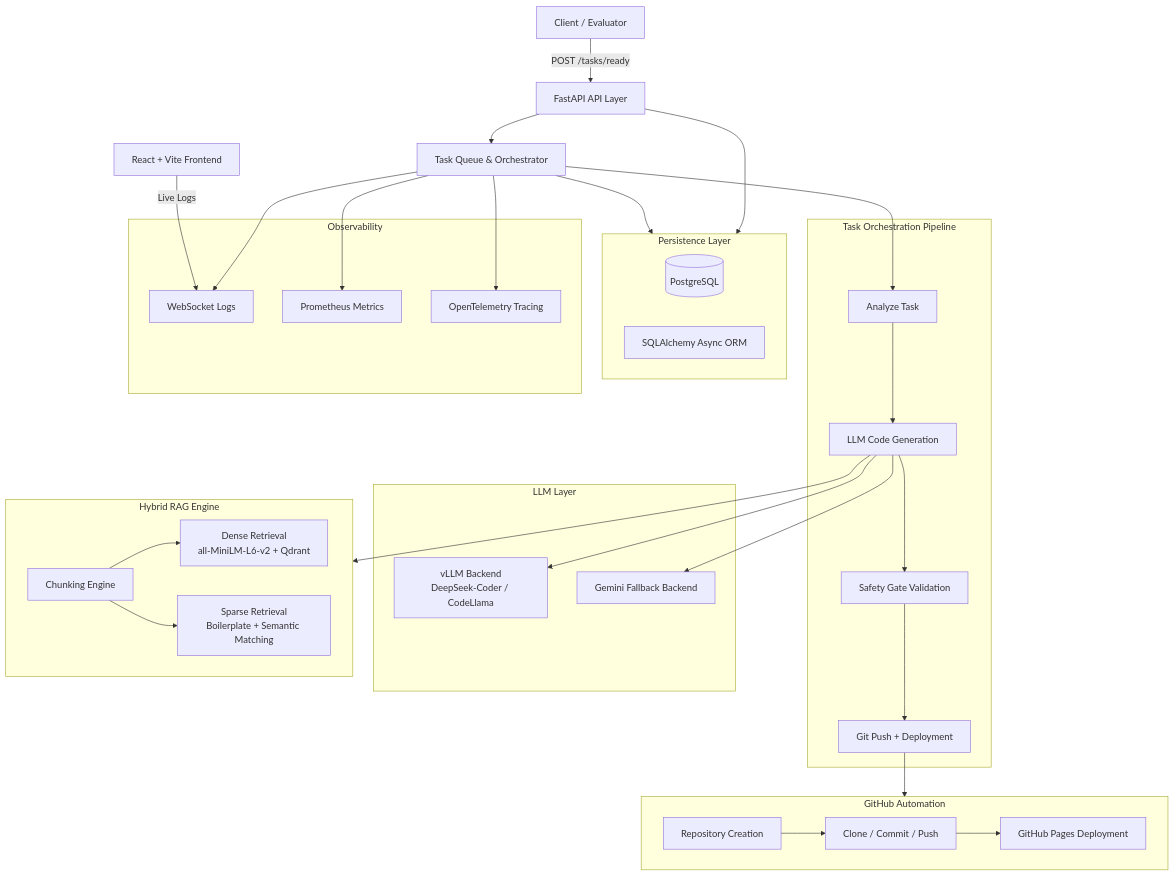
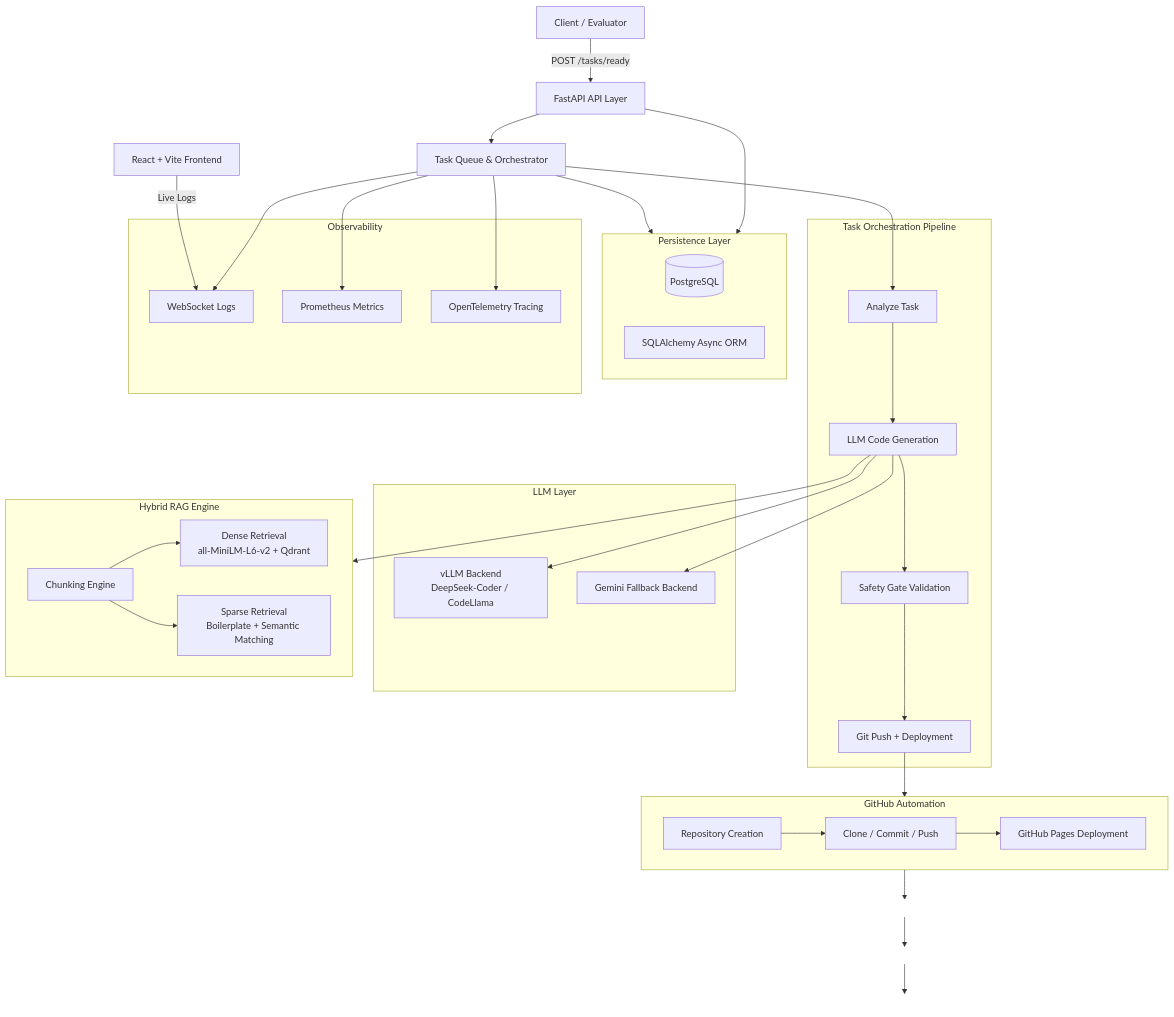
One commit to Kunal-Somani/archon changed the diagram in README.md. Above: the diagram before and after it, drawn with Mermaid. The commit also changed other lines of this file and 1 other file, not shown here.

````diff
--- a/README.md
+++ b/README.md
@@ -21,7 +21,7 @@
     CLIENT[Client / Evaluator]
     API[FastAPI API Layer]
     TASKS[Task Queue & Orchestrator]
-    
+
     CLIENT -->|POST /tasks/ready| API
     API --> TASKS
 
@@ -88,4 +88,17 @@
 
     FRONTEND[React + Vite Frontend]
     FRONTEND -->|Live Logs| WS
+
+    %% Spacer nodes for bottom padding
+    SPACE1[ ]
+    SPACE2[ ]
+    SPACE3[ ]
+
+    GITHUB --> SPACE1
+    SPACE1 --> SPACE2
+    SPACE2 --> SPACE3
+
+    style SPACE1 fill:transparent,stroke:transparent
+    style SPACE2 fill:transparent,stroke:transparent
+    style SPACE3 fill:transparent,stroke:transparent
 ```
````
